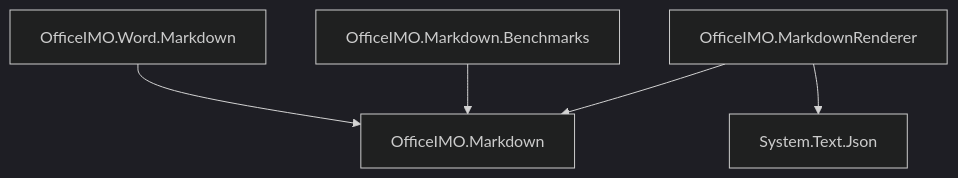
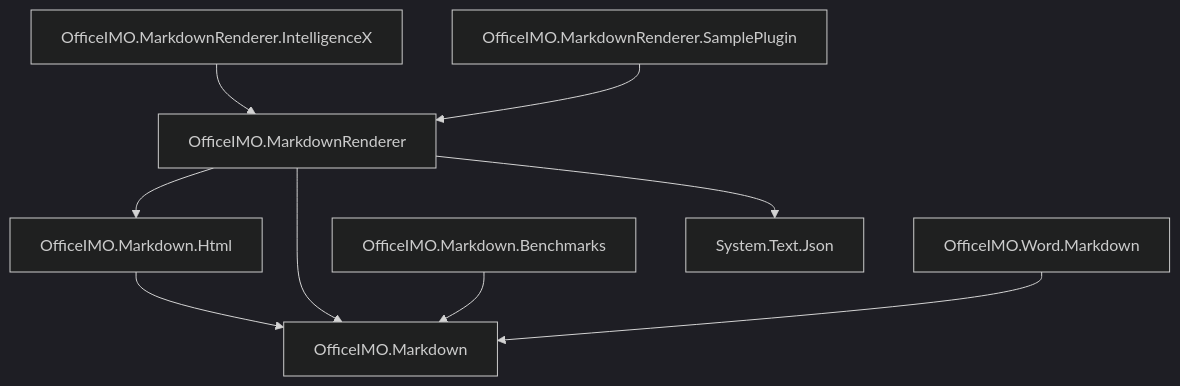
One commit to EvotecIT/OfficeIMO changed the second of 5 diagrams in README.md. Above: the diagram before and after it, drawn with Mermaid (dark theme). The commit also changed other lines of this file and 57 other files, not shown here.

Commit message:
Improve markdown AST, plugin contracts, and IX integration (#1709)

````diff
--- a/README.md
+++ b/README.md
@@ -122,13 +126,20 @@
 ```mermaid
 flowchart TB
   Md["OfficeIMO.Markdown"]
+  MdHtml["OfficeIMO.Markdown.Html"]
   MdRenderer["OfficeIMO.MarkdownRenderer"]
+  MdRendererIx["OfficeIMO.MarkdownRenderer.IntelligenceX"]
+  MdRendererSample["OfficeIMO.MarkdownRenderer.SamplePlugin"]
   MdBench["OfficeIMO.Markdown.Benchmarks"]
   WordMd["OfficeIMO.Word.Markdown"]
   Json["System.Text.Json"]
 
+  MdHtml --> Md
   MdRenderer --> Md
+  MdRenderer --> MdHtml
+  MdRendererIx --> MdRenderer
+  MdRendererSample --> MdRenderer
   MdRenderer --> Json
   MdBench --> Md
   WordMd --> Md
 ```
````
